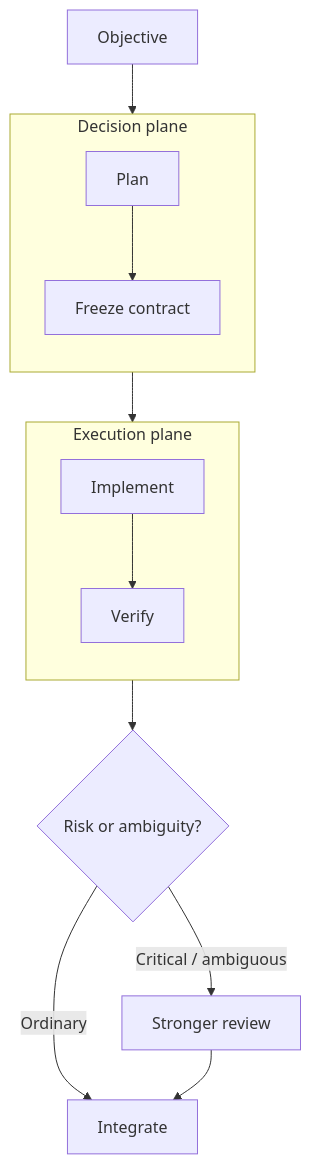
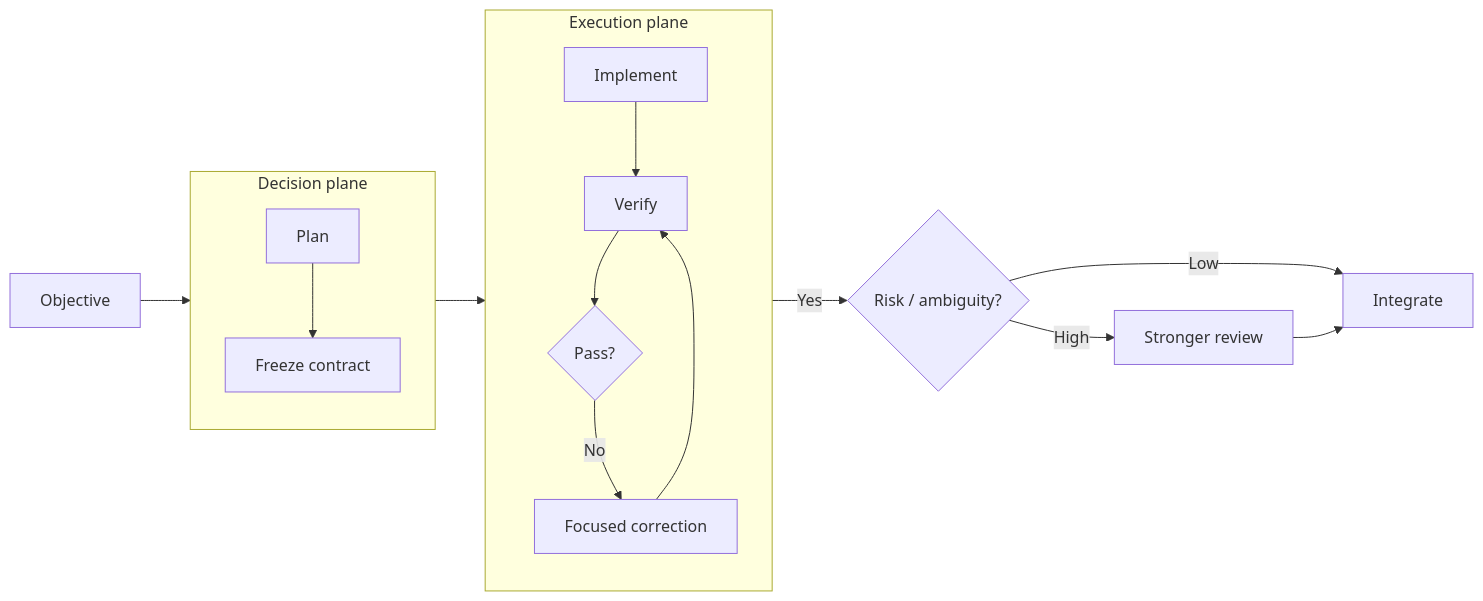
Before and after one commit to Strataward/durable-threads: the diagram in README.md, drawn with Mermaid. The commit also changed other lines of this file and 13 other files, not shown here.

````diff
--- a/README.md
+++ b/README.md
@@ -39,21 +37,24 @@
 ```mermaid
-flowchart TB
-    U["Objective"] --> P
+flowchart LR
+    U["Objective"] --> DP
 
     subgraph DP["Decision plane"]
         direction TB
         P["Plan"] --> C["Freeze contract"]
     end
 
-    C --> W
+    C --> EP
 
     subgraph EP["Execution plane"]
         direction TB
         W["Implement"] --> V["Verify"]
+        V --> Q{"Pass?"}
+        Q -->|"No"| F["Focused correction"]
+        F --> V
     end
 
-    V --> G{"Risk or ambiguity?"}
-    G -->|"Ordinary"| I["Integrate"]
-    G -->|"Critical / ambiguous"| R["Stronger review"]
+    Q -->|"Yes"| G{"Risk / ambiguity?"}
+    G -->|"Low"| I["Integrate"]
+    G -->|"High"| R["Stronger review"]
     R --> I
 ```
````
